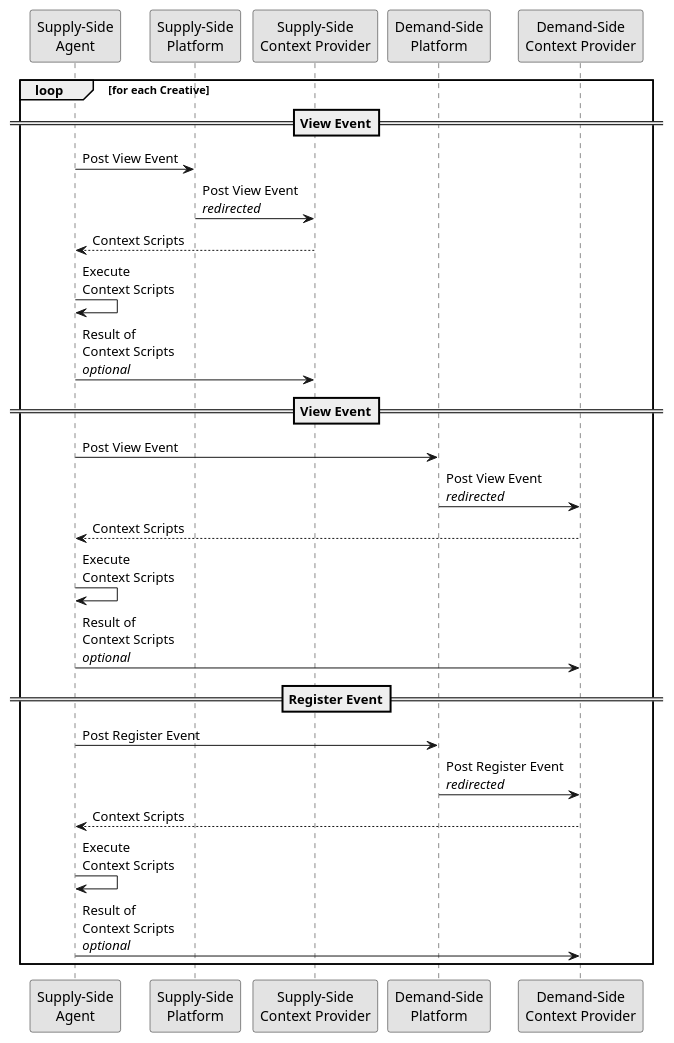
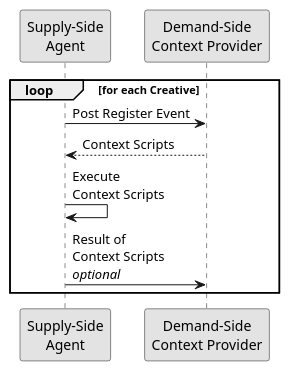
Before and after one commit to adshares/adshares-docs: the fifth of 5 diagrams in protocol/impressions/user_browses.rst, drawn with PlantUML. The commit also changed other lines of this file and 6 other files, not shown here.

```diff
--- a/protocol/impressions/user_browses.rst
+++ b/protocol/impressions/user_browses.rst
@@ -104,33 +176,14 @@
 .. uml::
     :align: center
 
     skinparam monochrome true
 
     participant "Supply-Side\nAgent"                as SSA
-    participant "Supply-Side\nPlatform"             as SSP
-    participant "Supply-Side\nContext Provider"     as SSCP
-    participant "Demand-Side\nPlatform"             as DSP
     participant "Demand-Side\nContext Provider"     as DSCP
 
     loop for each Creative
-        ==View Event==
-        SSA ->      SSP     : Post View Event
-        SSP ->      SSCP    : Post View Event\n//redirected//
-        SSCP -->    SSA     : Context Scripts
-        SSA ->      SSA     : Execute\nContext Scripts
-        SSA ->      SSCP    : Result of\nContext Scripts\n//optional//
-
-        ==View Event==
-        SSA ->      DSP     : Post View Event
-        DSP ->      DSCP    : Post View Event\n//redirected//
-        DSCP -->    SSA     : Context Scripts
-        SSA ->      SSA     : Execute\nContext Scripts
-        SSA ->      DSCP    : Result of\nContext Scripts\n//optional//
-
-        ==Register Event==
-        SSA ->      DSP     : Post Register Event
-        DSP ->      DSCP    : Post Register Event\n//redirected//
+        SSA ->      DSCP    : Post Register Event
         DSCP -->    SSA     : Context Scripts
         SSA ->      SSA     : Execute\nContext Scripts
         SSA ->      DSCP    : Result of\nContext Scripts\n//optional//
     end
```
